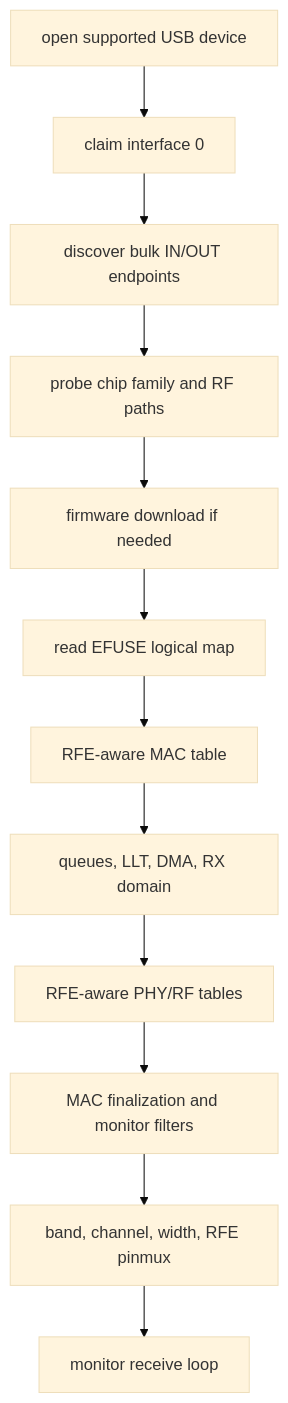
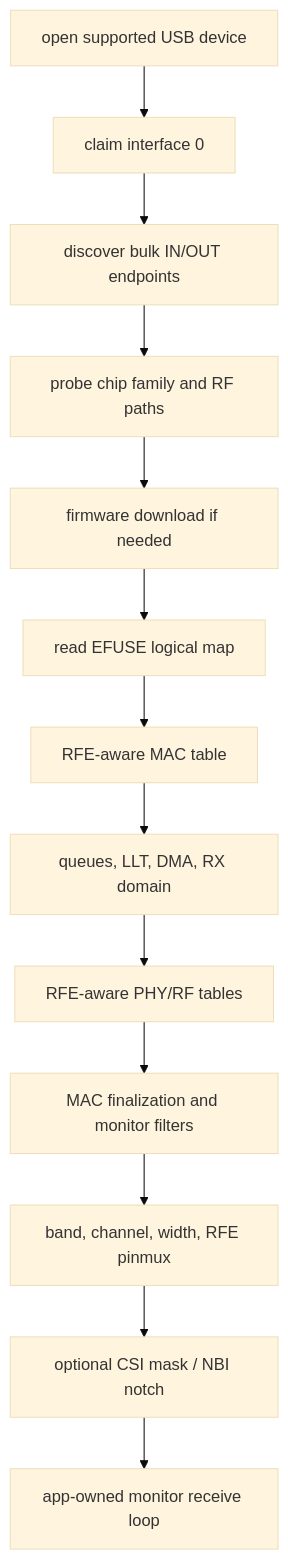
Before and after one commit to neelsani/openipc-rs: the diagram in docs/docs/realtek-driver.md, drawn with Mermaid (base theme). The commit also changed other lines of this file and 64 other files, not shown here.

````diff
--- a/docs/docs/realtek-driver.md
+++ b/docs/docs/realtek-driver.md
@@ -126,14 +137,15 @@
 ```mermaid
 flowchart TD
     A["open supported USB device"] --> B["claim interface 0"]
     B --> C["discover bulk IN/OUT endpoints"]
     C --> D["probe chip family and RF paths"]
     D --> E["firmware download if needed"]
     E --> F["read EFUSE logical map"]
     F --> G["RFE-aware MAC table"]
     G --> H["queues, LLT, DMA, RX domain"]
     H --> I["RFE-aware PHY/RF tables"]
     I --> J["MAC finalization and monitor filters"]
     J --> K["band, channel, width, RFE pinmux"]
-    K --> L["monitor receive loop"]
+    K --> L["optional CSI mask / NBI notch"]
+    L --> M["app-owned monitor receive loop"]
 ```
````
